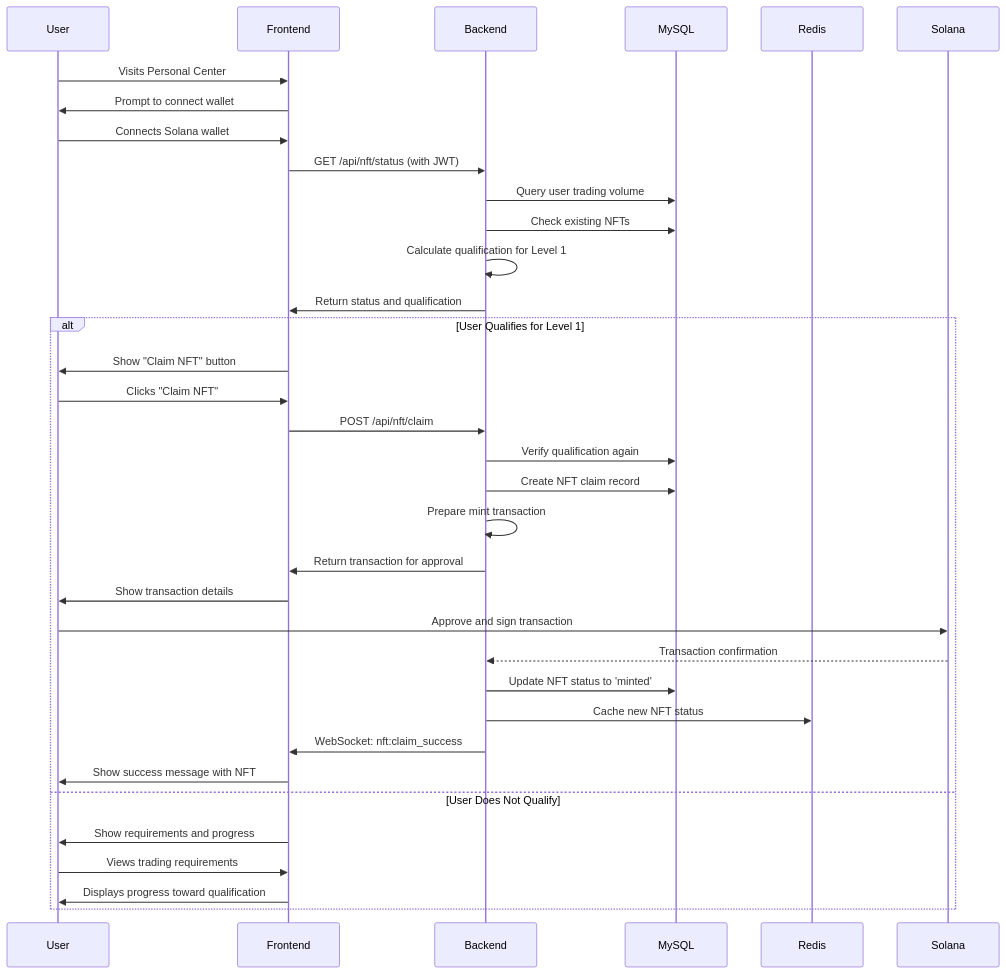
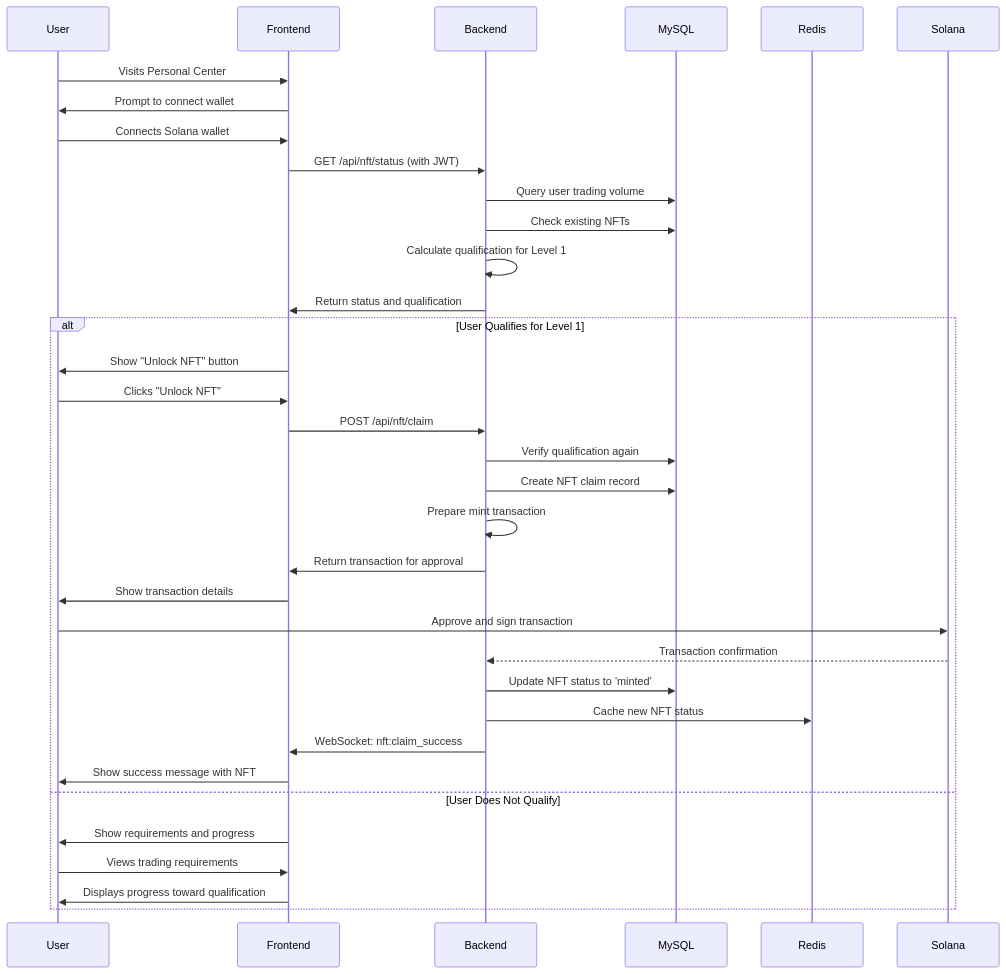
Before and after one commit to ljg-cqu/aiw3-nft-solana: the first of 5 diagrams in docs/technical/implementation/Process-Flow-Reference.md, drawn with Mermaid. The commit also changed other lines of this file and 13 other files, not shown here.

Commit message:
docs: rename synthesis to upgrade and claim to unlock throughout documentation

````diff
--- a/docs/technical/implementation/Process-Flow-Reference.md
+++ b/docs/technical/implementation/Process-Flow-Reference.md
@@ -33,39 +33,39 @@
 ```mermaid
 sequenceDiagram
     participant User
     participant Frontend
     participant Backend
     participant MySQL
     participant Redis
     participant Solana
 
     User->>Frontend: Visits Personal Center
     Frontend->>User: Prompt to connect wallet
     User->>Frontend: Connects Solana wallet
     Frontend->>Backend: GET /api/nft/status (with JWT)
     Backend->>MySQL: Query user trading volume
     Backend->>MySQL: Check existing NFTs
     Backend->>Backend: Calculate qualification for Level 1
     Backend->>Frontend: Return status and qualification
     
     alt User Qualifies for Level 1
-        Frontend->>User: Show "Claim NFT" button
-        User->>Frontend: Clicks "Claim NFT"
+        Frontend->>User: Show "Unlock NFT" button
+        User->>Frontend: Clicks "Unlock NFT"
         Frontend->>Backend: POST /api/nft/claim
         Backend->>MySQL: Verify qualification again
         Backend->>MySQL: Create NFT claim record
         Backend->>Backend: Prepare mint transaction
         Backend->>Frontend: Return transaction for approval
         Frontend->>User: Show transaction details
         User->>Solana: Approve and sign transaction
         Solana-->>Backend: Transaction confirmation
         Backend->>MySQL: Update NFT status to 'minted'
         Backend->>Redis: Cache new NFT status
         Backend->>Frontend: WebSocket: nft:claim_success
         Frontend->>User: Show success message with NFT
     else User Does Not Qualify
         Frontend->>User: Show requirements and progress
         User->>Frontend: Views trading requirements
         Frontend->>User: Displays progress toward qualification
     end
 ```
````
